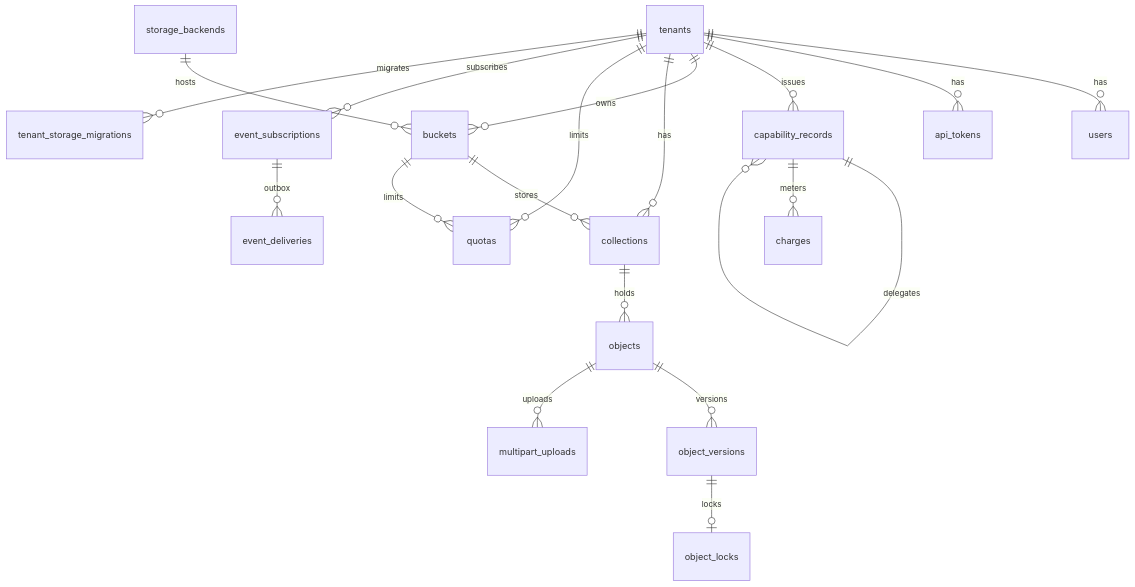
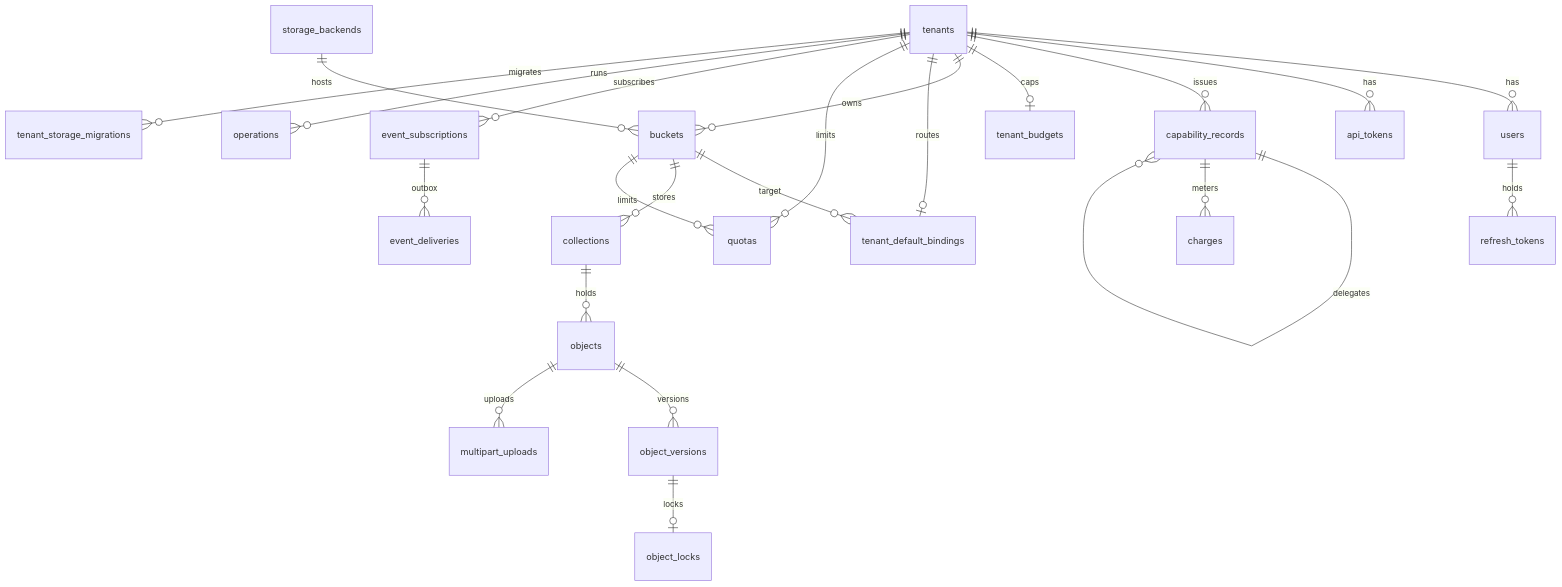
Before and after one commit to oleg-tkachuk/paladin: the third of 4 diagrams in backend/docs/diagrams.md, drawn with Mermaid. The commit also changed other lines of this file and 2 other files, not shown here.

First line of the commit message:
docs: redraw the architecture diagrams from the code

````diff
--- a/backend/docs/diagrams.md
+++ b/backend/docs/diagrams.md
@@ -55,21 +88,25 @@
 ```mermaid
 erDiagram
     tenants ||--o{ users : has
+    users ||--o{ refresh_tokens : holds
     tenants ||--o{ api_tokens : has
     tenants ||--o{ capability_records : issues
     capability_records ||--o{ capability_records : delegates
     capability_records ||--o{ charges : meters
+    tenants ||--o| tenant_budgets : caps
     storage_backends ||--o{ buckets : hosts
     tenants ||--o{ buckets : owns
+    tenants ||--o| tenant_default_bindings : routes
+    buckets ||--o{ tenant_default_bindings : target
     buckets ||--o{ collections : stores
-    tenants ||--o{ collections : has
     collections ||--o{ objects : holds
     objects ||--o{ object_versions : versions
     object_versions ||--o| object_locks : locks
     objects ||--o{ multipart_uploads : uploads
     tenants ||--o{ quotas : limits
     buckets ||--o{ quotas : limits
     tenants ||--o{ event_subscriptions : subscribes
     event_subscriptions ||--o{ event_deliveries : outbox
+    tenants ||--o{ operations : runs
     tenants ||--o{ tenant_storage_migrations : migrates
 ```
````
